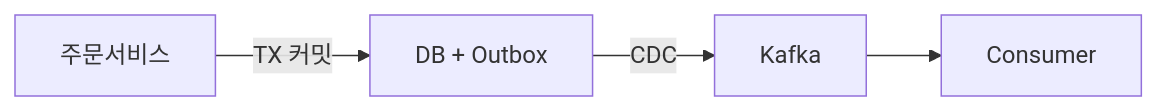
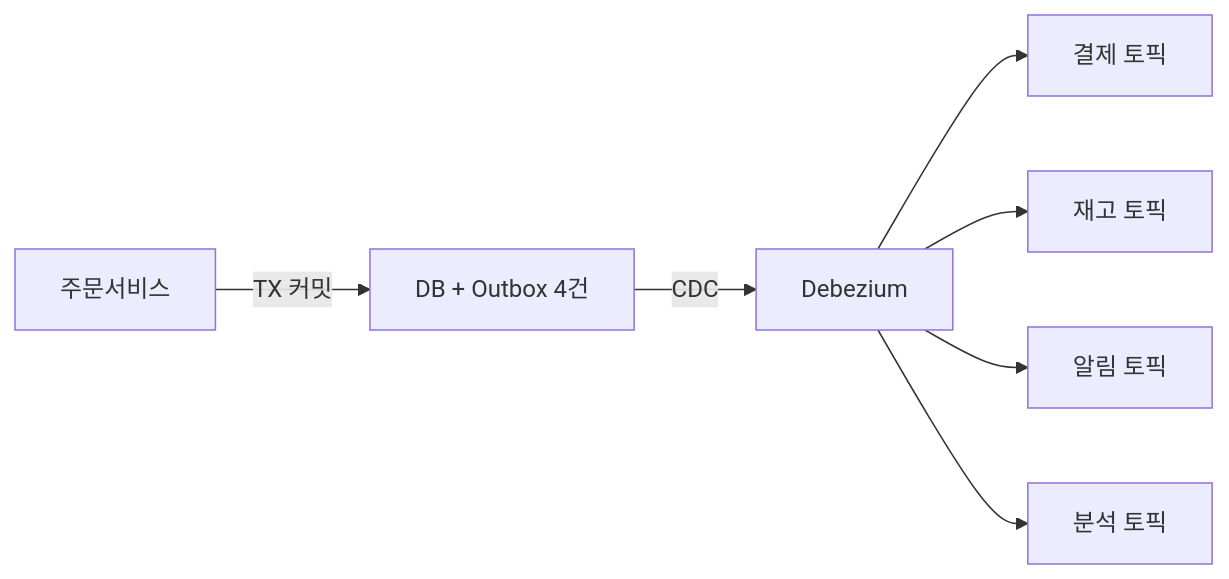
One commit to yjkim2015/yjkim2015.github.io changed the fourth of 12 diagrams in _posts/kafka/2026-05-03-kafka-practical-patterns.md. Above: the diagram before and after it, drawn with Mermaid.

Commit message:
Kafka Outbox 다이어그램: 멀티 토픽 4개로 수정
단일 토픽이 아니라 Debezium이 event_type별로 4개 토픽에 라우팅하는 흐름.

````diff
--- a/_posts/kafka/2026-05-03-kafka-practical-patterns.md
+++ b/_posts/kafka/2026-05-03-kafka-practical-patterns.md
@@ -103,5 +103,9 @@
 ```mermaid
 graph LR
-    Svc["주문서비스"] -->|"TX 커밋"| DB["DB + Outbox"]
-    DB -->|"CDC"| Kafka --> Consumer
+    Svc["주문서비스"] -->|"TX 커밋"| DB["DB + Outbox 4건"]
+    DB -->|"CDC"| D["Debezium"]
+    D --> T1["결제 토픽"]
+    D --> T2["재고 토픽"]
+    D --> T3["알림 토픽"]
+    D --> T4["분석 토픽"]
 ```
````
